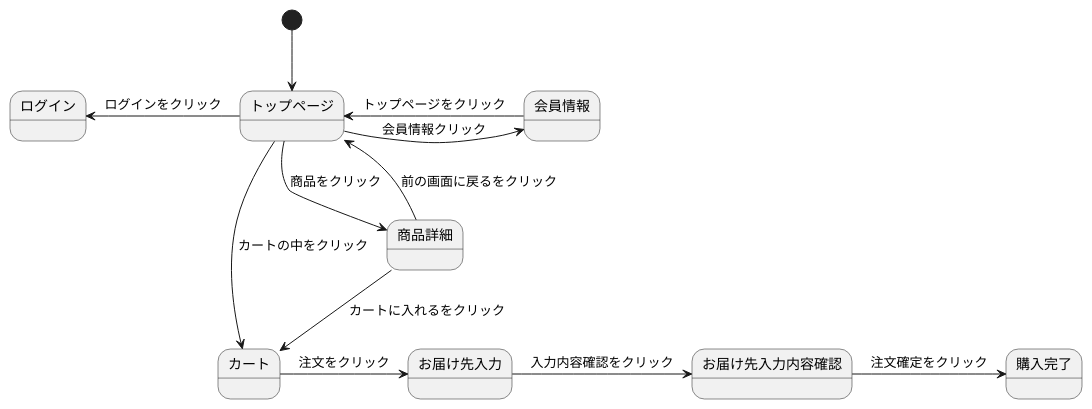
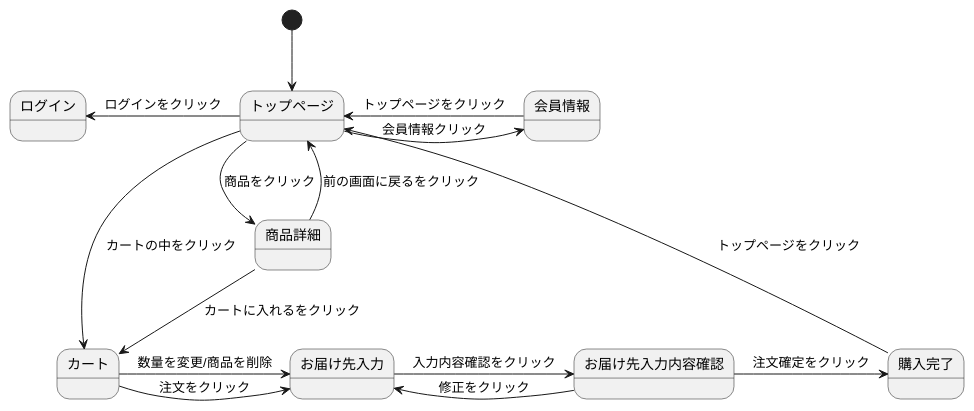
Before and after one commit to Aso2001413/2021sys-design: the diagram in test.md, drawn with PlantUML.

````diff
--- a/test.md
+++ b/test.md
@@ -1,16 +1,19 @@
 ```uml
 @startuml
 [*] --> トップページ
 トップページ -> 会員情報 : 会員情報クリック
 トップページ -left-> ログイン : ログインをクリック
 トップページ --> 商品詳細 : 商品をクリック
 トップページ --> カート : カートの中をクリック
 商品詳細 --> カート : カートに入れるをクリック
 商品詳細 --> トップページ : 前の画面に戻るをクリック
 会員情報 -> トップページ : トップページをクリック
 カート -> お届け先入力 : 注文をクリック
+カート -> お届け先入力 : 数量を変更/商品を削除
 お届け先入力 -> お届け先入力内容確認 : 入力内容確認をクリック
+お届け先入力内容確認 -> お届け先入力 : 修正をクリック
 お届け先入力内容確認 -> 購入完了 : 注文確定をクリック
+購入完了 -> トップページ : トップページをクリック
 @enduml
 
 ```
````
